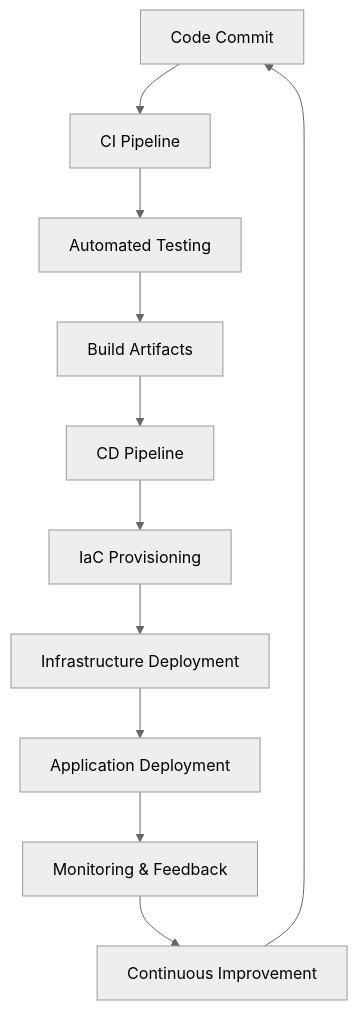
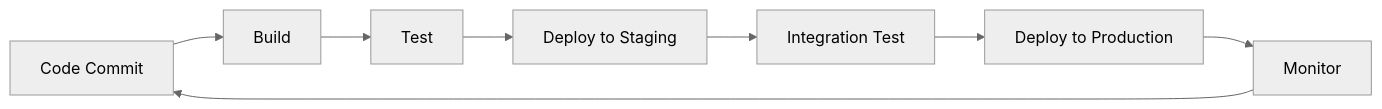
One commit to VrushankPatel/interview-matters changed the diagram in devops-and-infrastructure-as-code/README.md. Above: the diagram before and after it, drawn with Mermaid (neutral theme). The commit also changed other lines of this file and 5 other files, not shown here.

Commit message:
kb: add/update topics monitoring-and-logging, async-logging, devops-and-infrastructure-as-code, proxy-forward-and-reverse, load-balancing-and-strategies

````diff
--- a/devops-and-infrastructure-as-code/README.md
+++ b/devops-and-infrastructure-as-code/README.md
@@ -46,13 +35,10 @@
 ```mermaid
-graph TD
-    A[Code Commit] --> B[CI Pipeline]
-    B --> C[Automated Testing]
-    C --> D[Build Artifacts]
-    D --> E[CD Pipeline]
-    E --> F[IaC Provisioning]
-    F --> G[Infrastructure Deployment]
-    G --> H[Application Deployment]
-    H --> I[Monitoring & Feedback]
-    I --> J[Continuous Improvement]
-    J --> A
+graph LR
+    A[Code Commit] --> B[Build]
+    B --> C[Test]
+    C --> D[Deploy to Staging]
+    D --> E[Integration Test]
+    E --> F[Deploy to Production]
+    F --> G[Monitor]
+    G --> A
 ```
````
